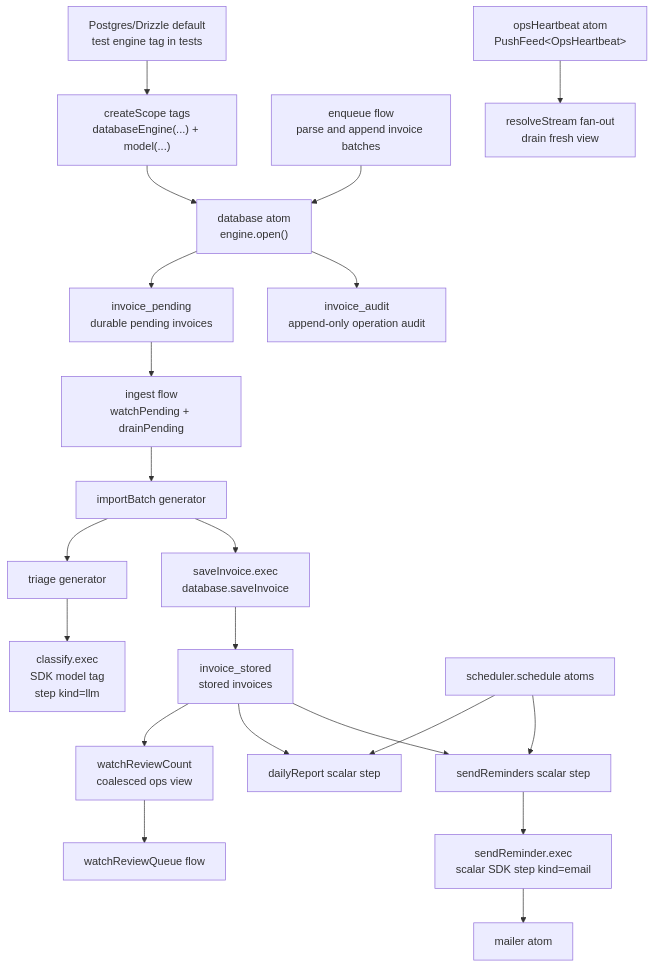
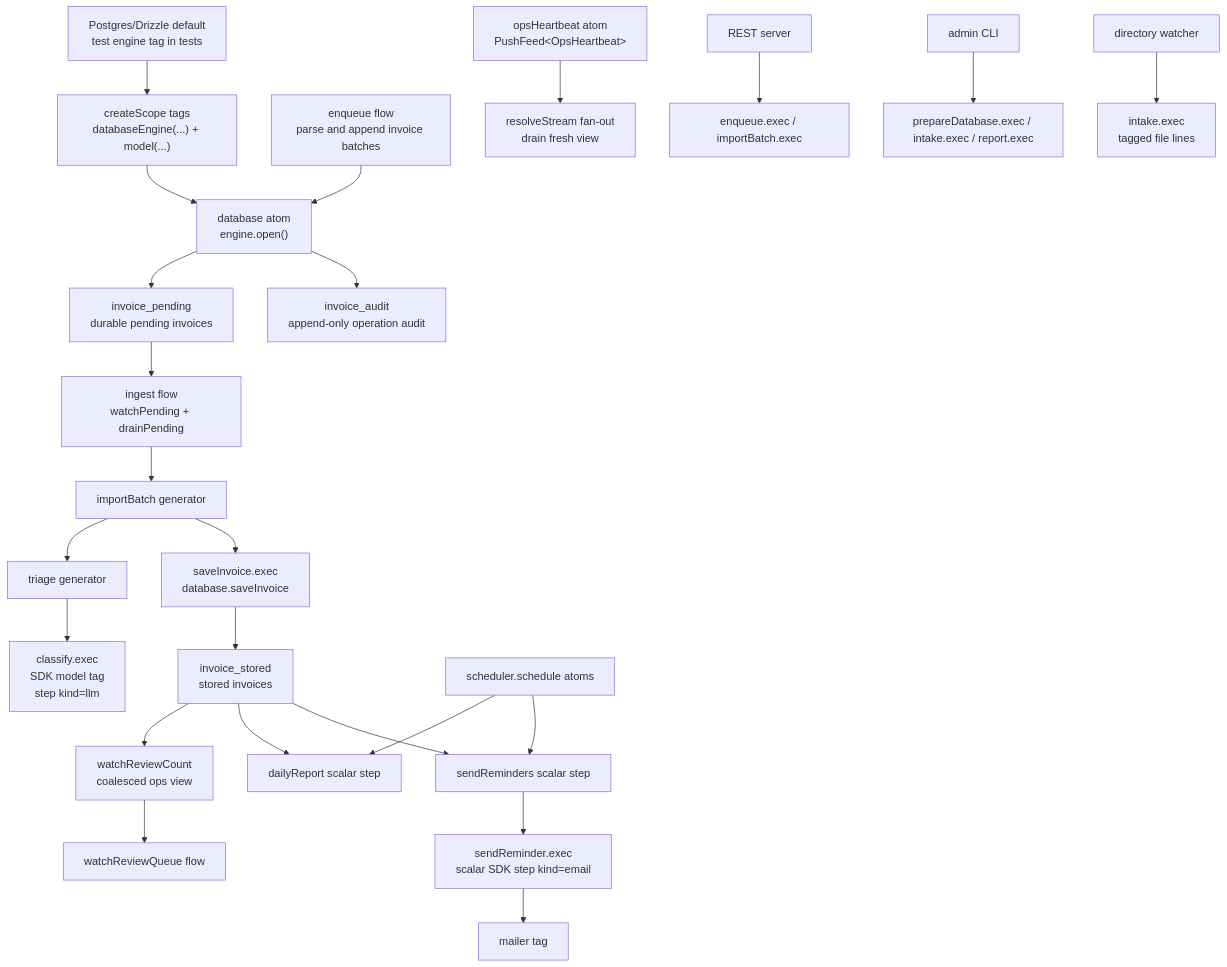
Before and after one commit to pumped-fn/pumped-fn: the diagram in examples/invoice-triage/README.md, drawn with Mermaid. The commit also changed other lines of this file and 22 other files, not shown here.

````diff
--- a/examples/invoice-triage/README.md
+++ b/examples/invoice-triage/README.md
@@ -19,23 +21,26 @@
 ```mermaid
 flowchart TD
   Root["createScope tags<br/>databaseEngine(...) + model(...)"] --> Database["database atom<br/>engine.open()"]
   Engine["Postgres/Drizzle default<br/>test engine tag in tests"] --> Root
   Producer["enqueue flow<br/>parse and append invoice batches"] --> Database
   Database --> Pending["invoice_pending<br/>durable pending invoices"]
   Pending --> Ingest["ingest flow<br/>watchPending + drainPending"]
   Ingest --> Import["importBatch generator"]
   Import --> Triage["triage generator"]
   Triage --> Classify["classify.exec<br/>SDK model tag<br/>step kind=llm"]
   Import --> Save["saveInvoice.exec<br/>database.saveInvoice"]
   Save --> Stored["invoice_stored<br/>stored invoices"]
   Database --> Audit["invoice_audit<br/>append-only operation audit"]
   Stored --> Review["watchReviewCount<br/>coalesced ops view"]
   Review --> Ops["watchReviewQueue flow"]
   Heartbeat["opsHeartbeat atom<br/>PushFeed&lt;OpsHeartbeat&gt;"] --> Views["resolveStream fan-out<br/>drain fresh view"]
   Scheduler["scheduler.schedule atoms"] --> Report["dailyReport scalar step"]
   Scheduler --> Reminders["sendReminders scalar step"]
   Reminders --> SendOne["sendReminder.exec<br/>scalar SDK step kind=email"]
-  SendOne --> Mailer["mailer atom"]
+  SendOne --> Mailer["mailer tag"]
+  Rest["REST server"] --> Enqueue["enqueue.exec / importBatch.exec"]
+  Cli["admin CLI"] --> Commands["prepareDatabase.exec / intake.exec / report.exec"]
+  Watcher["directory watcher"] --> Intake["intake.exec<br/>tagged file lines"]
   Stored --> Report
   Stored --> Reminders
 ```
````
